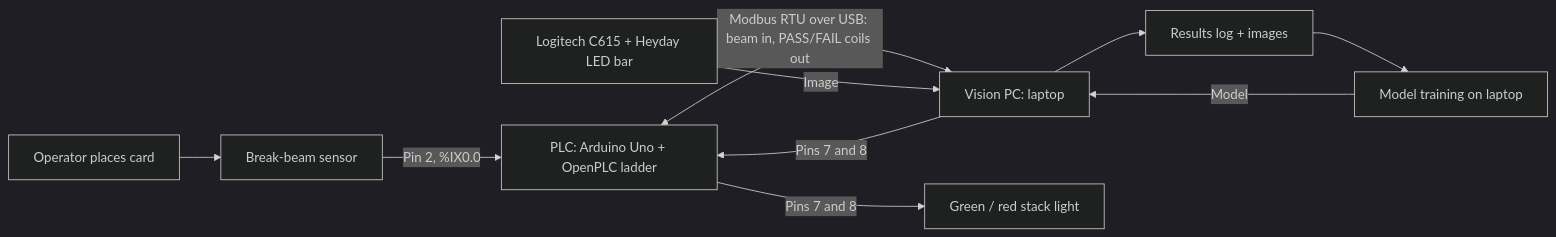
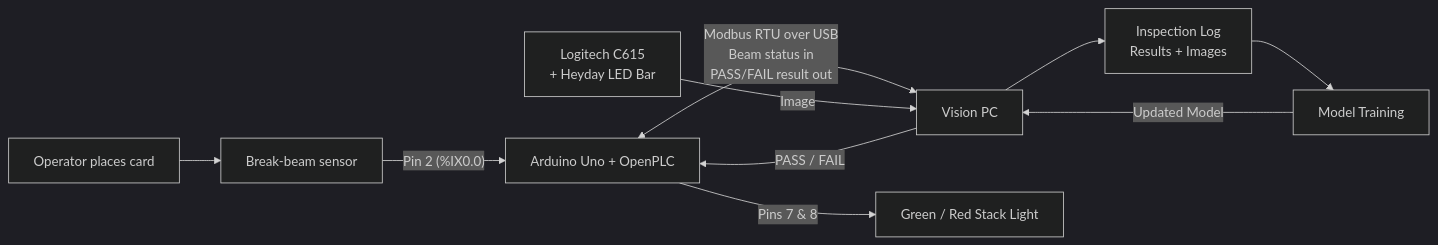
One commit to Vic-Wele/label-inspection-station changed the diagram in docs/design/system_architecture.md. Above: the diagram before and after it, drawn with Mermaid (dark theme). The commit also changed other lines of this file, not shown here.

First line of the commit message:
Revise system architecture and inspection workflow

````diff
--- a/docs/design/system_architecture.md
+++ b/docs/design/system_architecture.md
@@ -5,12 +5,20 @@
 ```mermaid
 flowchart LR
     Op["Operator places card"] --> Beam["Break-beam sensor"]
-    Beam -->|"Pin 2, %IX0.0"| PLC["PLC: Arduino Uno + OpenPLC ladder"]
-    PLC <-->|"Modbus RTU over USB: beam in, PASS/FAIL coils out"| PC["Vision PC: laptop"]
-    Cam["Logitech C615 + Heyday LED bar"] -->|"Image"| PC
-    PC -->|"Pins 7 and 8"| PLC
-    PLC -->|"Pins 7 and 8"| Light["Green / red stack light"]
-    PC --> Log["Results log + images"]
-    Log --> Train["Model training on laptop"]
-    Train -->|"Model"| PC
+
+    Beam -->|"Pin 2 (%IX0.0)"| PLC["Arduino Uno + OpenPLC"]
+
+    PLC <-->|"Modbus RTU over USB<br/>Beam status in<br/>PASS/FAIL result out"| PC["Vision PC"]
+
+    Cam["Logitech C615<br/>+ Heyday LED Bar"] -->|"Image"| PC
+
+    PC -->|"PASS / FAIL"| PLC
+
+    PLC -->|"Pins 7 & 8"| Light["Green / Red Stack Light"]
+
+    PC --> Log["Inspection Log<br/>Results + Images"]
+
+    Log --> Train["Model Training"]
+
+    Train -->|"Updated Model"| PC
 ```
````
